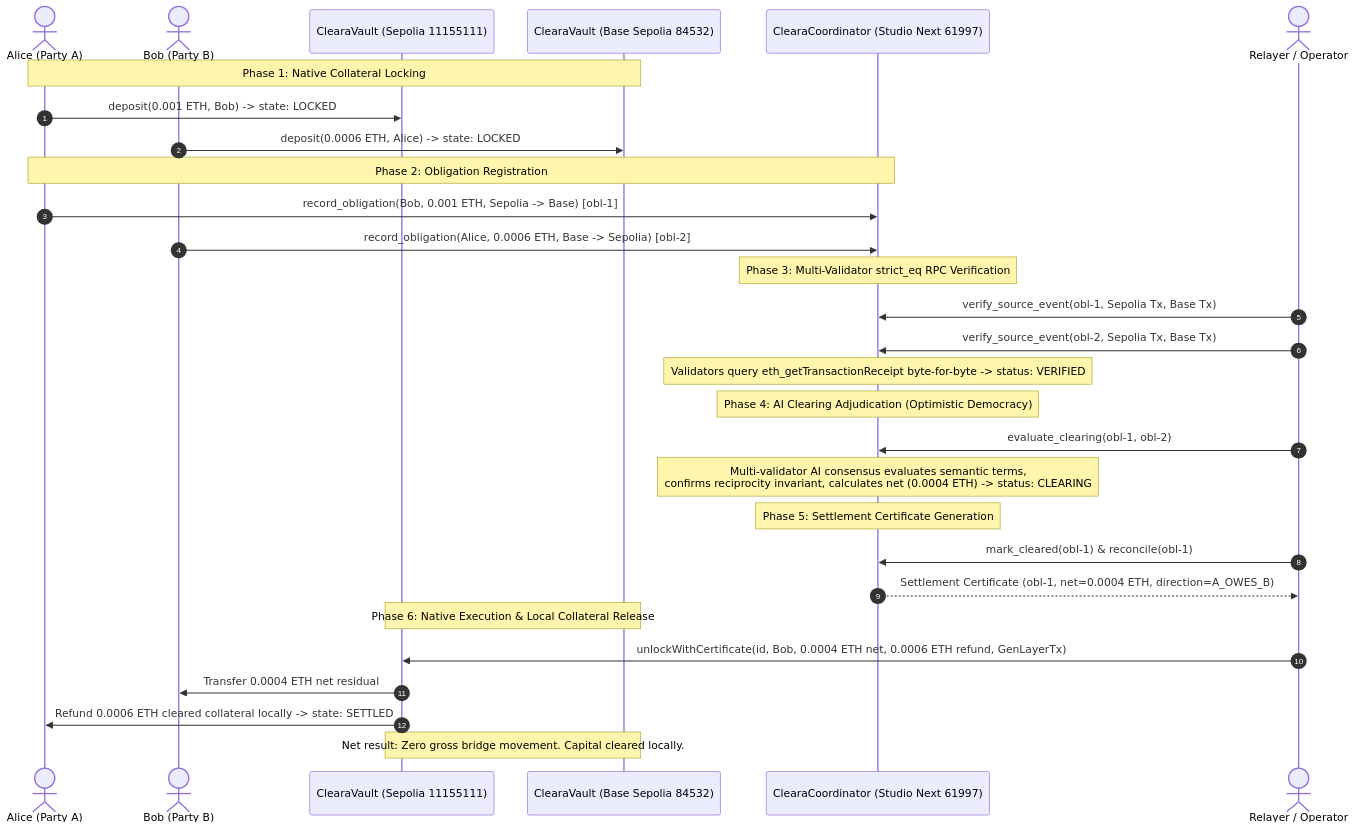
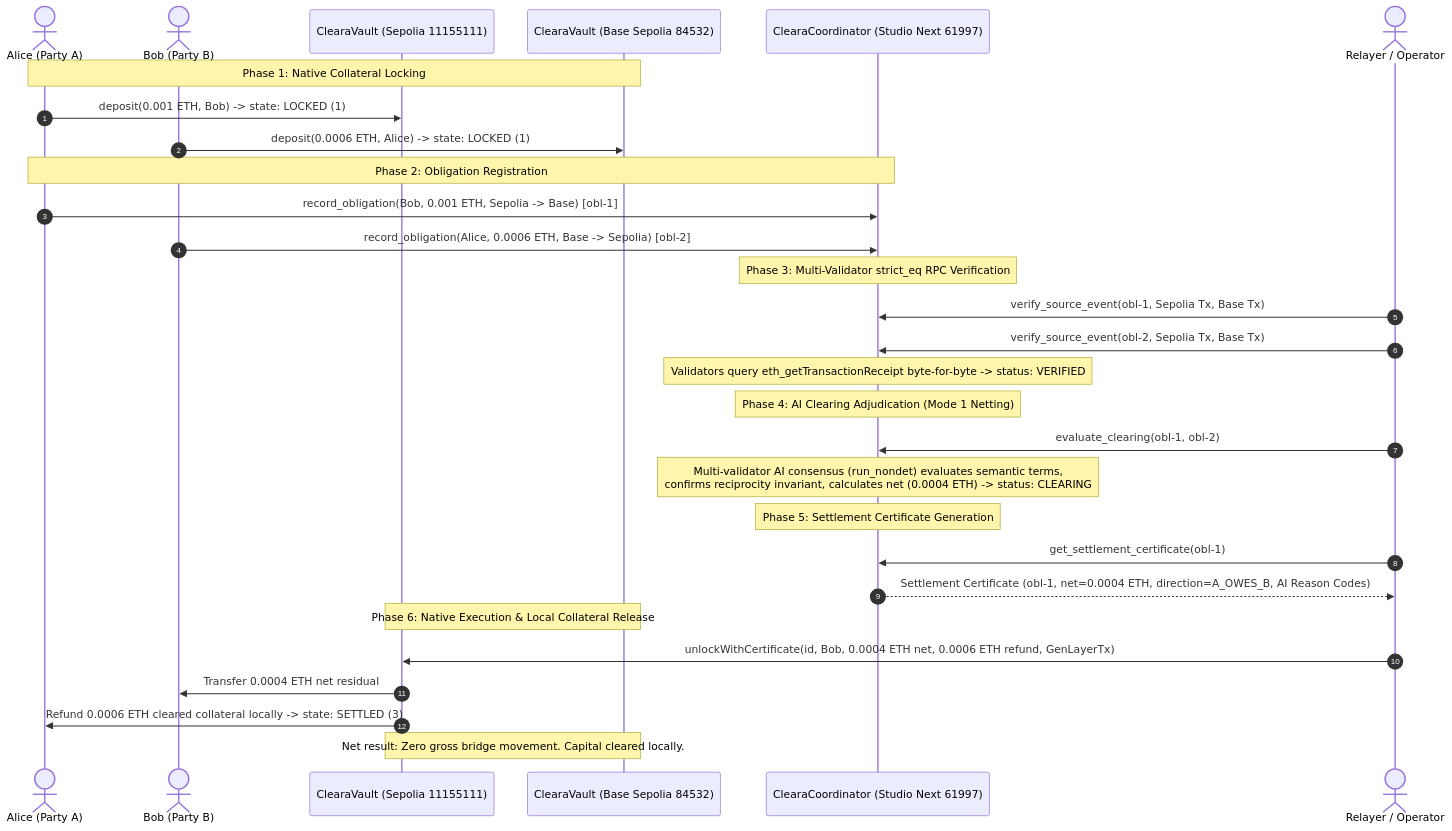
One commit to etvjay/ClearaOnGen changed the diagram in SUBMISSION.md. Above: the diagram before and after it, drawn with Mermaid. The commit also changed other lines of this file and 11 other files, not shown here.

Commit message:
feat: deploy updated coordinator (0xF7559561...) and prove Mode 1 AI netting live with FINISHED_WITH_RETURN

````diff
--- a/SUBMISSION.md
+++ b/SUBMISSION.md
@@ -29,37 +29,37 @@
 ```mermaid
 sequenceDiagram
     autonumber
     actor Alice as Alice (Party A)
     actor Bob as Bob (Party B)
     participant SepVault as ClearaVault (Sepolia 11155111)
     participant BaseVault as ClearaVault (Base Sepolia 84532)
     participant GenLayer as ClearaCoordinator (Studio Next 61997)
     actor Relayer as Relayer / Operator
 
     Note over Alice,BaseVault: Phase 1: Native Collateral Locking
-    Alice->>SepVault: deposit(0.001 ETH, Bob) -> state: LOCKED
-    Bob->>BaseVault: deposit(0.0006 ETH, Alice) -> state: LOCKED
+    Alice->>SepVault: deposit(0.001 ETH, Bob) -> state: LOCKED (1)
+    Bob->>BaseVault: deposit(0.0006 ETH, Alice) -> state: LOCKED (1)
 
     Note over Alice,GenLayer: Phase 2: Obligation Registration
     Alice->>GenLayer: record_obligation(Bob, 0.001 ETH, Sepolia -> Base) [obl-1]
     Bob->>GenLayer: record_obligation(Alice, 0.0006 ETH, Base -> Sepolia) [obl-2]
 
     Note over GenLayer: Phase 3: Multi-Validator strict_eq RPC Verification
     Relayer->>GenLayer: verify_source_event(obl-1, Sepolia Tx, Base Tx)
     Relayer->>GenLayer: verify_source_event(obl-2, Sepolia Tx, Base Tx)
     Note over GenLayer: Validators query eth_getTransactionReceipt byte-for-byte -> status: VERIFIED
 
-    Note over GenLayer: Phase 4: AI Clearing Adjudication (Optimistic Democracy)
+    Note over GenLayer: Phase 4: AI Clearing Adjudication (Mode 1 Netting)
     Relayer->>GenLayer: evaluate_clearing(obl-1, obl-2)
-    Note over GenLayer: Multi-validator AI consensus evaluates semantic terms,<br/>confirms reciprocity invariant, calculates net (0.0004 ETH) -> status: CLEARING
+    Note over GenLayer: Multi-validator AI consensus (run_nondet) evaluates semantic terms,<br/>confirms reciprocity invariant, calculates net (0.0004 ETH) -> status: CLEARING
 
     Note over GenLayer: Phase 5: Settlement Certificate Generation
-    Relayer->>GenLayer: mark_cleared(obl-1) & reconcile(obl-1)
-    GenLayer-->>Relayer: Settlement Certificate (obl-1, net=0.0004 ETH, direction=A_OWES_B)
+    Relayer->>GenLayer: get_settlement_certificate(obl-1)
+    GenLayer-->>Relayer: Settlement Certificate (obl-1, net=0.0004 ETH, direction=A_OWES_B, AI Reason Codes)
 
     Note over SepVault,BaseVault: Phase 6: Native Execution & Local Collateral Release
     Relayer->>SepVault: unlockWithCertificate(id, Bob, 0.0004 ETH net, 0.0006 ETH refund, GenLayerTx)
     SepVault->>Bob: Transfer 0.0004 ETH net residual
-    SepVault->>Alice: Refund 0.0006 ETH cleared collateral locally -> state: SETTLED
+    SepVault->>Alice: Refund 0.0006 ETH cleared collateral locally -> state: SETTLED (3)
     Note over SepVault,BaseVault: Net result: Zero gross bridge movement. Capital cleared locally.
 ```
````
